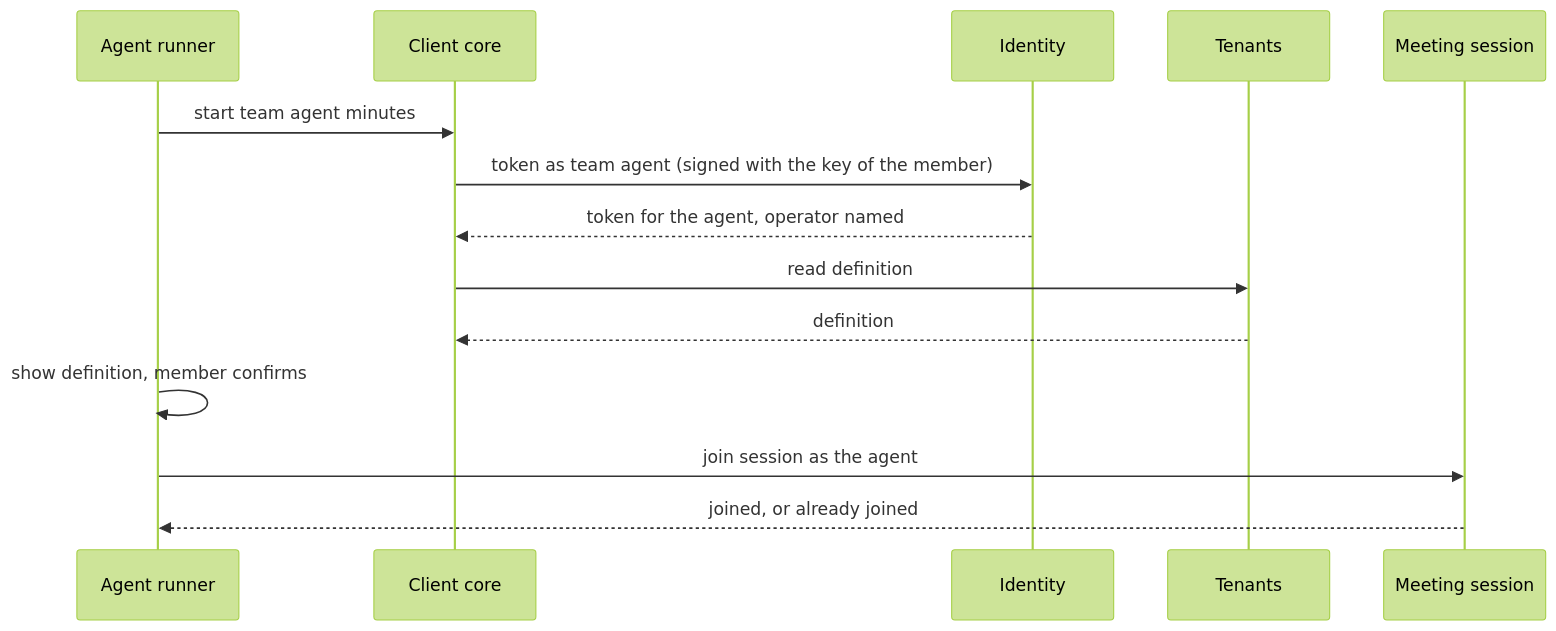
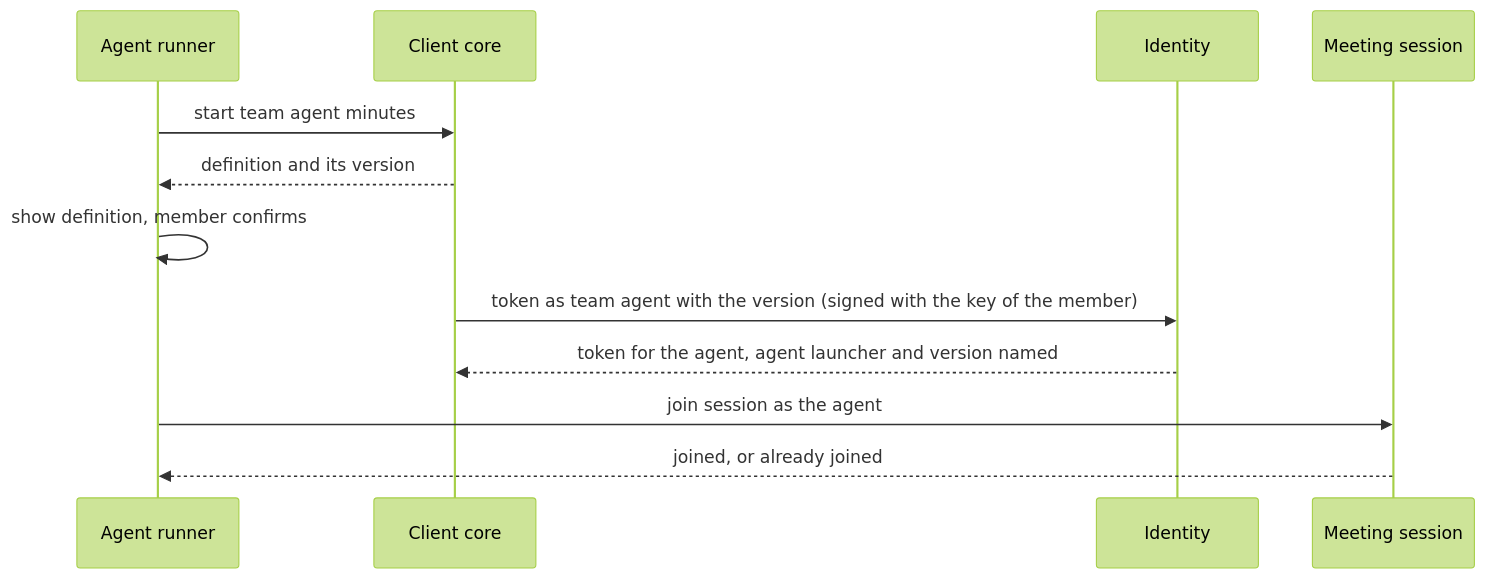
One commit to mrsimpson/agentic-office changed diagram 14 of 18 in docs/architecture/06-runtime-view.arc42.md. Above: the diagram before and after it, drawn with Mermaid (forest theme). The commit also changed other lines of this file and 6 other files, not shown here.

First line of the commit message:
docs(architecture): team agent definition as a versioned file; launcher and version in the token

````diff
--- a/docs/architecture/06-runtime-view.arc42.md
+++ b/docs/architecture/06-runtime-view.arc42.md
@@ -661,16 +663,14 @@
 ```mermaid
 sequenceDiagram
     participant bb_agent_runner as Agent runner
     participant bb_client_core as Client core
     participant bb_identity as Identity
-    participant bb_tenants as Tenants
-    participant bb_session_service as Meeting session
+        participant bb_session_service as Meeting session
     bb_agent_runner->>bb_client_core: start team agent minutes
-    bb_client_core->>bb_identity: token as team agent (signed with the key of the member)
-    bb_identity-->>bb_client_core: token for the agent, operator named
-    bb_client_core->>bb_tenants: read definition
-    bb_tenants-->>bb_client_core: definition
+    bb_client_core-->>bb_agent_runner: definition and its version
     bb_agent_runner->>bb_agent_runner: show definition, member confirms
+    bb_client_core->>bb_identity: token as team agent with the version (signed with the key of the member)
+    bb_identity-->>bb_client_core: token for the agent, agent launcher and version named
     bb_agent_runner->>bb_session_service: join session as the agent
     bb_session_service-->>bb_agent_runner: joined, or already joined
 ```
````
